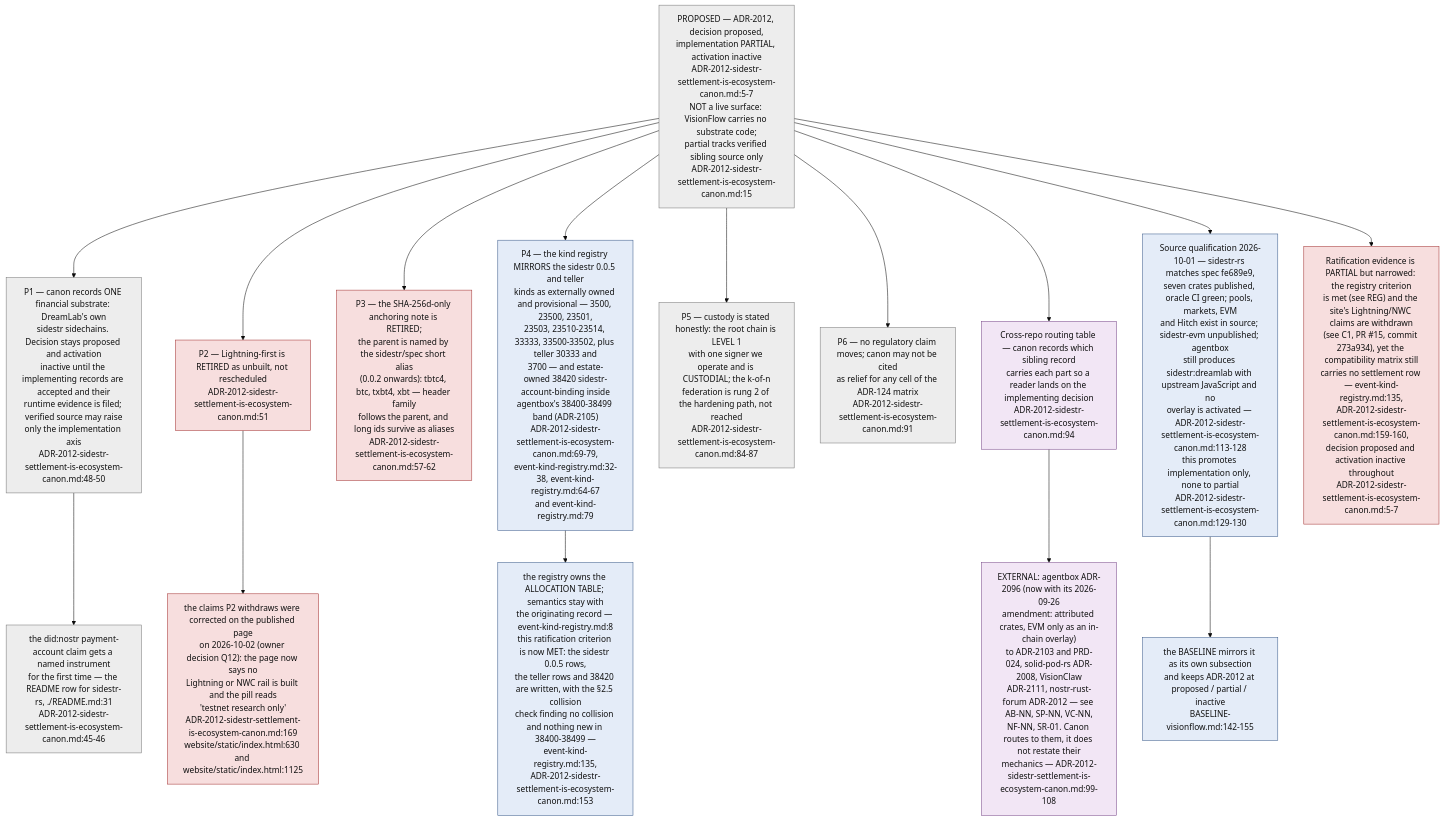
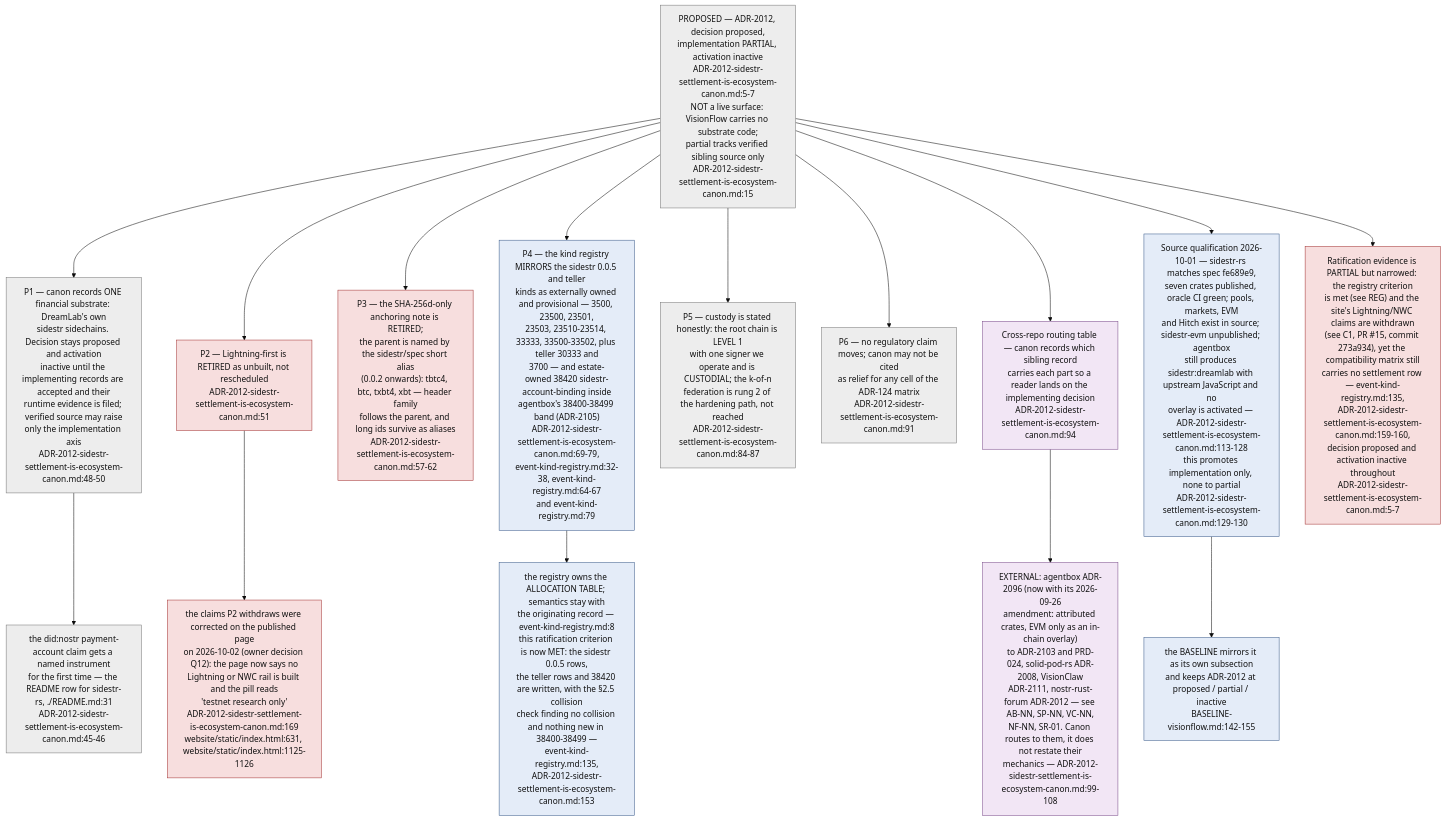
Before and after one commit to DreamLab-AI/VisionFlow: the tenth of 11 diagrams in docs/diagrams/visionflow/01-repo-composition-and-canon.md, drawn with Mermaid (base theme). The commit also changed other lines of this file and 91 other files, not shown here.

````diff
--- a/docs/diagrams/visionflow/01-repo-composition-and-canon.md
+++ b/docs/diagrams/visionflow/01-repo-composition-and-canon.md
@@ -380,33 +398,33 @@
 ```mermaid
 flowchart TB
     classDef prop fill:#ededed,stroke:#777,color:#111
     classDef retire fill:#f7dede,stroke:#a33333,color:#111
     classDef ext fill:#f2e6f5,stroke:#7a4a8a,color:#111
     classDef tbl fill:#e4ecf8,stroke:#3a5a8a,color:#111
 
     REC["PROPOSED — ADR-2012, decision proposed,<br/>implementation PARTIAL, activation inactive<br/>ADR-2012-sidestr-settlement-is-ecosystem-canon.md:5-7<br/>NOT a live surface: VisionFlow carries no substrate code;<br/>partial tracks verified sibling source only<br/>ADR-2012-sidestr-settlement-is-ecosystem-canon.md:15"]:::prop
 
     REC --> P1["P1 — canon records ONE financial substrate: DreamLab's own<br/>sidestr sidechains. Decision stays proposed and activation<br/>inactive until the implementing records are accepted and their<br/>runtime evidence is filed; verified source may raise<br/>only the implementation axis<br/>ADR-2012-sidestr-settlement-is-ecosystem-canon.md:48-50"]:::prop
     REC --> P2["P2 — Lightning-first is RETIRED as unbuilt, not rescheduled<br/>ADR-2012-sidestr-settlement-is-ecosystem-canon.md:51"]:::retire
     REC --> P3["P3 — the SHA-256d-only anchoring note is RETIRED;<br/>the parent is named by the sidestr/spec short alias<br/>(0.0.2 onwards): tbtc4, btc, txbt4, xbt — header family<br/>follows the parent, and long ids survive as aliases<br/>ADR-2012-sidestr-settlement-is-ecosystem-canon.md:57-62"]:::retire
     REC --> P4["P4 — the kind registry MIRRORS the sidestr 0.0.5 and teller<br/>kinds as externally owned and provisional — 3500, 23500, 23501,<br/>23503, 23510-23514, 33333, 33500-33502, plus teller 30333 and<br/>3700 — and estate-owned 38420 sidestr-account-binding inside<br/>agentbox's 38400-38499 band (ADR-2105)<br/>ADR-2012-sidestr-settlement-is-ecosystem-canon.md:69-79,<br/>event-kind-registry.md:32-38, event-kind-registry.md:64-67<br/>and event-kind-registry.md:79"]:::tbl
     REC --> P5["P5 — custody is stated honestly: the root chain is LEVEL 1<br/>with one signer we operate and is CUSTODIAL; the k-of-n<br/>federation is rung 2 of the hardening path, not reached<br/>ADR-2012-sidestr-settlement-is-ecosystem-canon.md:84-87"]:::prop
     REC --> P6["P6 — no regulatory claim moves; canon may not be cited<br/>as relief for any cell of the ADR-124 matrix<br/>ADR-2012-sidestr-settlement-is-ecosystem-canon.md:91"]:::prop
 
-    P2 --> C1["the claims P2 withdraws were corrected on the published page<br/>on 2026-10-02 (owner decision Q12): the page now says no<br/>Lightning or NWC rail is built and the pill reads<br/>'testnet research only'<br/>ADR-2012-sidestr-settlement-is-ecosystem-canon.md:169<br/>website/static/index.html:630 and website/static/index.html:1125"]:::retire
+    P2 --> C1["the claims P2 withdraws were corrected on the published page<br/>on 2026-10-02 (owner decision Q12): the page now says no<br/>Lightning or NWC rail is built and the pill reads<br/>'testnet research only'<br/>ADR-2012-sidestr-settlement-is-ecosystem-canon.md:169<br/>website/static/index.html:631, website/static/index.html:1125-1126"]:::retire
     P1 --> C2["the did:nostr payment-account claim gets a named instrument<br/>for the first time — the README row for sidestr-rs, ./README.md:31<br/>ADR-2012-sidestr-settlement-is-ecosystem-canon.md:45-46"]:::prop
 
     P4 --> REG["the registry owns the ALLOCATION TABLE; semantics stay with<br/>the originating record — event-kind-registry.md:8<br/>this ratification criterion is now MET: the sidestr 0.0.5 rows,<br/>the teller rows and 38420 are written, with the §2.5 collision<br/>check finding no collision and nothing new in 38400-38499 —<br/>event-kind-registry.md:135,<br/>ADR-2012-sidestr-settlement-is-ecosystem-canon.md:153"]:::tbl
 
     ROUTE["Cross-repo routing table — canon records which sibling record<br/>carries each part so a reader lands on the implementing decision<br/>ADR-2012-sidestr-settlement-is-ecosystem-canon.md:94"]:::ext
     REC --> ROUTE
     ROUTE --> EXT1["EXTERNAL: agentbox ADR-2096 (now with its 2026-09-26<br/>amendment: attributed crates, EVM only as an in-chain overlay)<br/>to ADR-2103 and PRD-024, solid-pod-rs ADR-2008, VisionClaw<br/>ADR-2111, nostr-rust-forum ADR-2012 — see AB-NN, SP-NN, VC-NN,<br/>NF-NN, SR-01. Canon routes to them, it does not restate their<br/>mechanics — ADR-2012-sidestr-settlement-is-ecosystem-canon.md:99-108"]:::ext
 
     QUAL["Source qualification 2026-10-01 — sidestr-rs matches spec fe689e9,<br/>seven crates published, oracle CI green; pools, markets, EVM<br/>and Hitch exist in source; sidestr-evm unpublished; agentbox<br/>still produces sidestr:dreamlab with upstream JavaScript and no<br/>overlay is activated — ADR-2012-sidestr-settlement-is-ecosystem-canon.md:113-128<br/>this promotes implementation only, none to partial<br/>ADR-2012-sidestr-settlement-is-ecosystem-canon.md:129-130"]:::tbl
     REC --> QUAL
     BASEL["the BASELINE mirrors it as its own subsection<br/>and keeps ADR-2012 at proposed / partial / inactive<br/>BASELINE-visionflow.md:142-155"]:::tbl
     QUAL --> BASEL
 
     VER["Ratification evidence is PARTIAL but narrowed: the registry criterion<br/>is met (see REG) and the site's Lightning/NWC claims are withdrawn<br/>(see C1, PR #15, commit 273a934), yet the compatibility matrix still<br/>carries no settlement row — event-kind-registry.md:135,<br/>ADR-2012-sidestr-settlement-is-ecosystem-canon.md:159-160,<br/>decision proposed and activation inactive throughout<br/>ADR-2012-sidestr-settlement-is-ecosystem-canon.md:5-7"]:::retire
     REC --> VER
 ```
````
